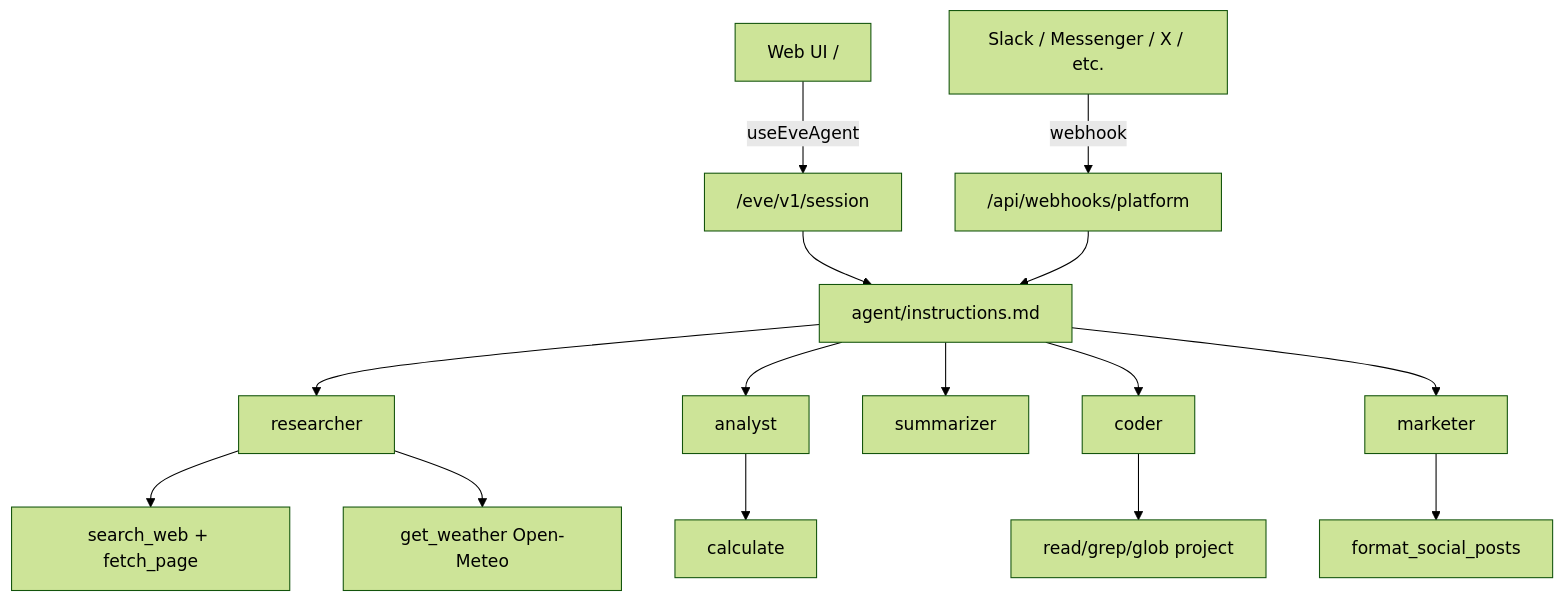
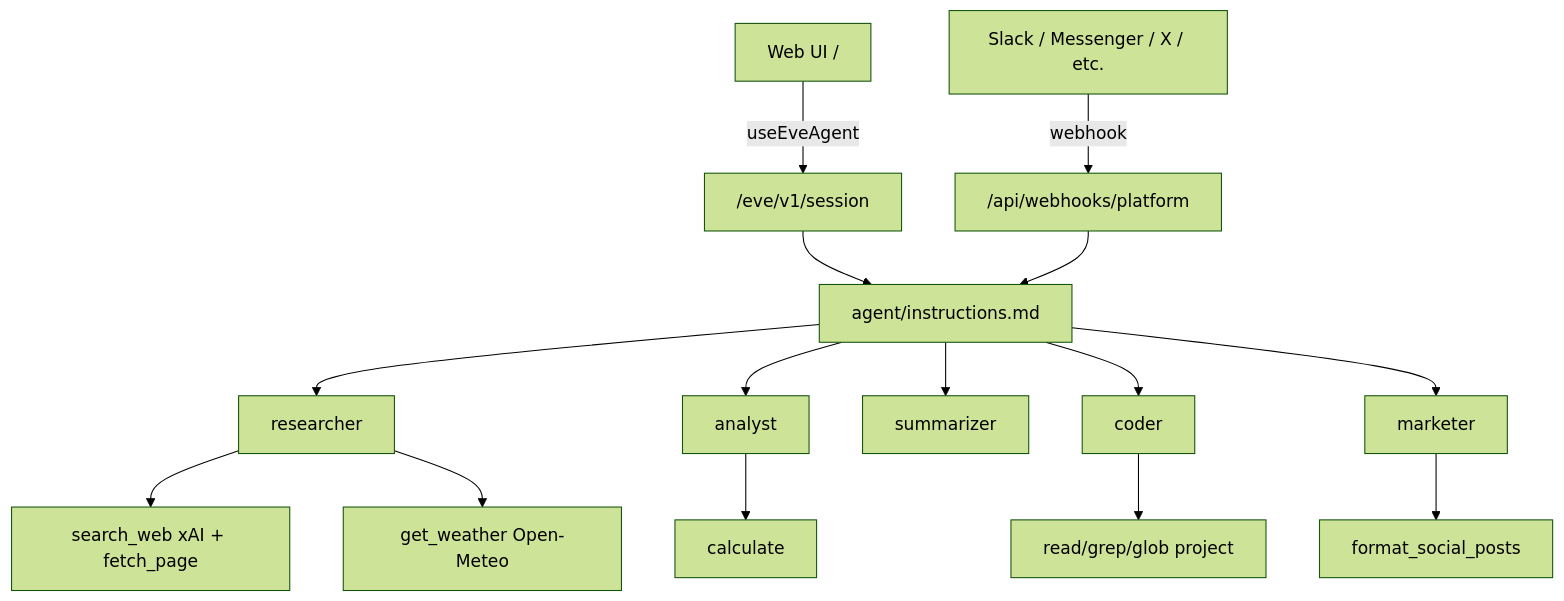
One commit to NickW0x/basic-ai-agent changed the first of 2 diagrams in README.md. Above: the diagram before and after it, drawn with Mermaid (forest theme). The commit also changed other lines of this file and 16 other files, not shown here.

````diff
--- a/README.md
+++ b/README.md
@@ -50,17 +55,17 @@
 ```mermaid
 flowchart TD
   WebUI["Web UI /"] -->|useEveAgent| EveHTTP["/eve/v1/session"]
   Platforms["Slack / Messenger / X / etc."] -->|webhook| ChatSDK["/api/webhooks/platform"]
   EveHTTP --> Orchestrator["agent/instructions.md"]
   ChatSDK --> Orchestrator
   Orchestrator --> Researcher["researcher"]
   Orchestrator --> Analyst["analyst"]
   Orchestrator --> Summarizer["summarizer"]
   Orchestrator --> Coder["coder"]
   Orchestrator --> Marketer["marketer"]
-  Researcher --> Tavily["search_web + fetch_page"]
+  Researcher --> XAI["search_web xAI + fetch_page"]
   Researcher --> Weather["get_weather Open-Meteo"]
   Analyst --> Calc["calculate"]
   Coder --> Repo["read/grep/glob project"]
   Marketer --> Copy["format_social_posts"]
 ```
````
